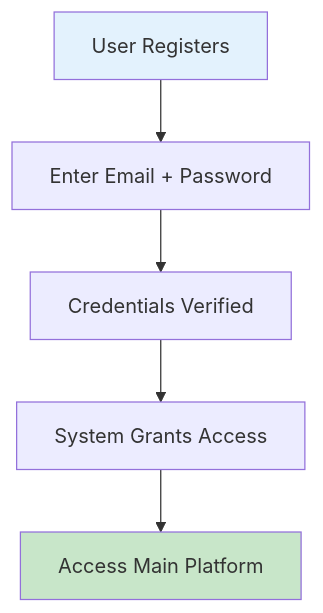
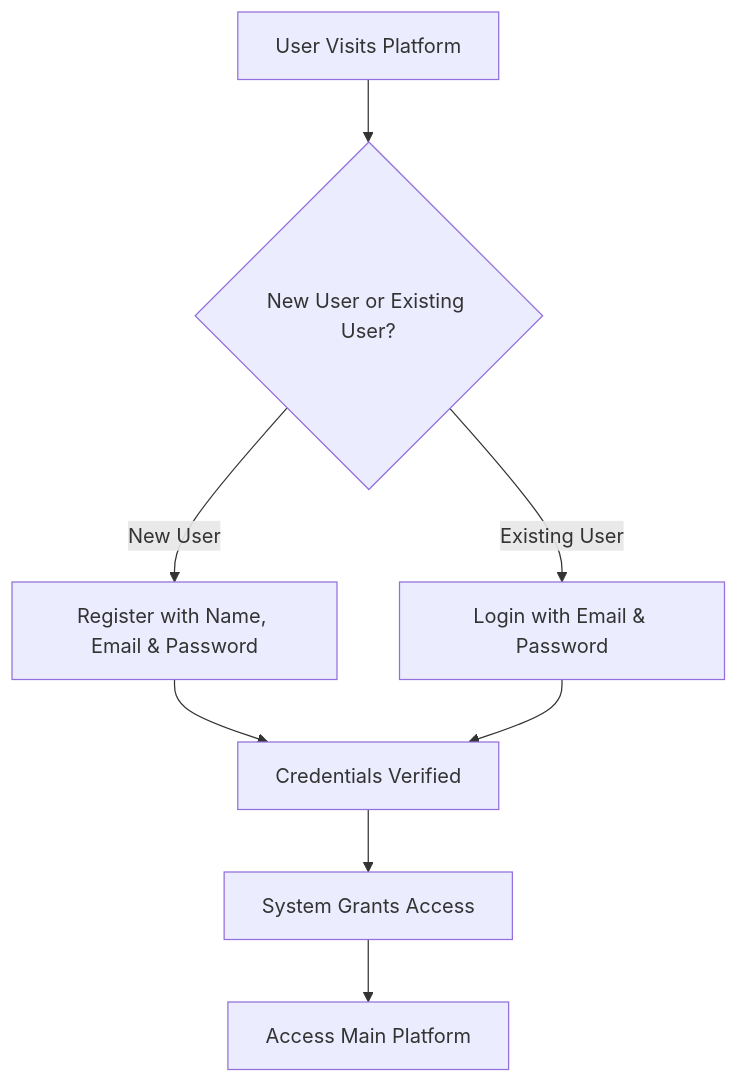
Before and after one commit to Khush-GKMIT/Hotel-Management-System-Docs: the second of 4 diagrams in docs/business-cases.md, drawn with Mermaid. The commit also changed other lines of this file and 6 other files, not shown here.

Commit message:
Updated documentation: improved flowcharts with error handling and removed styling

````diff
--- a/docs/business-cases.md
+++ b/docs/business-cases.md
@@ -45,10 +44,10 @@
 ```mermaid
 flowchart TD
-    A[User Registers] --> B[Enter Email + Password]
-    B --> C[Credentials Verified]
-    C --> D[System Grants Access]
-    D --> E[Access Main Platform]
-    
-    style A fill:#e3f2fd
-    style E fill:#c8e6c9
+    Start[User Visits Platform] --> Choice{New User or Existing User?}
+    Choice -->|New User| Register[Register with Name, Email & Password]
+    Choice -->|Existing User| Login[Login with Email & Password]
+    Register --> Verify[Credentials Verified]
+    Login --> Verify
+    Verify --> Grant[System Grants Access]
+    Grant --> Access[Access Main Platform]
 ```
````
